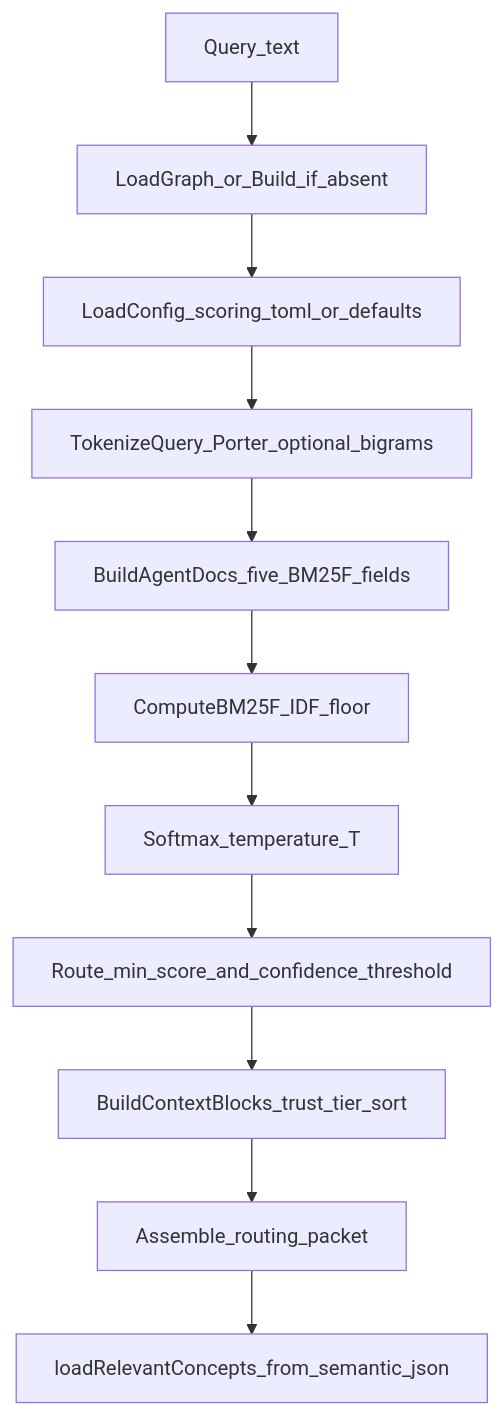
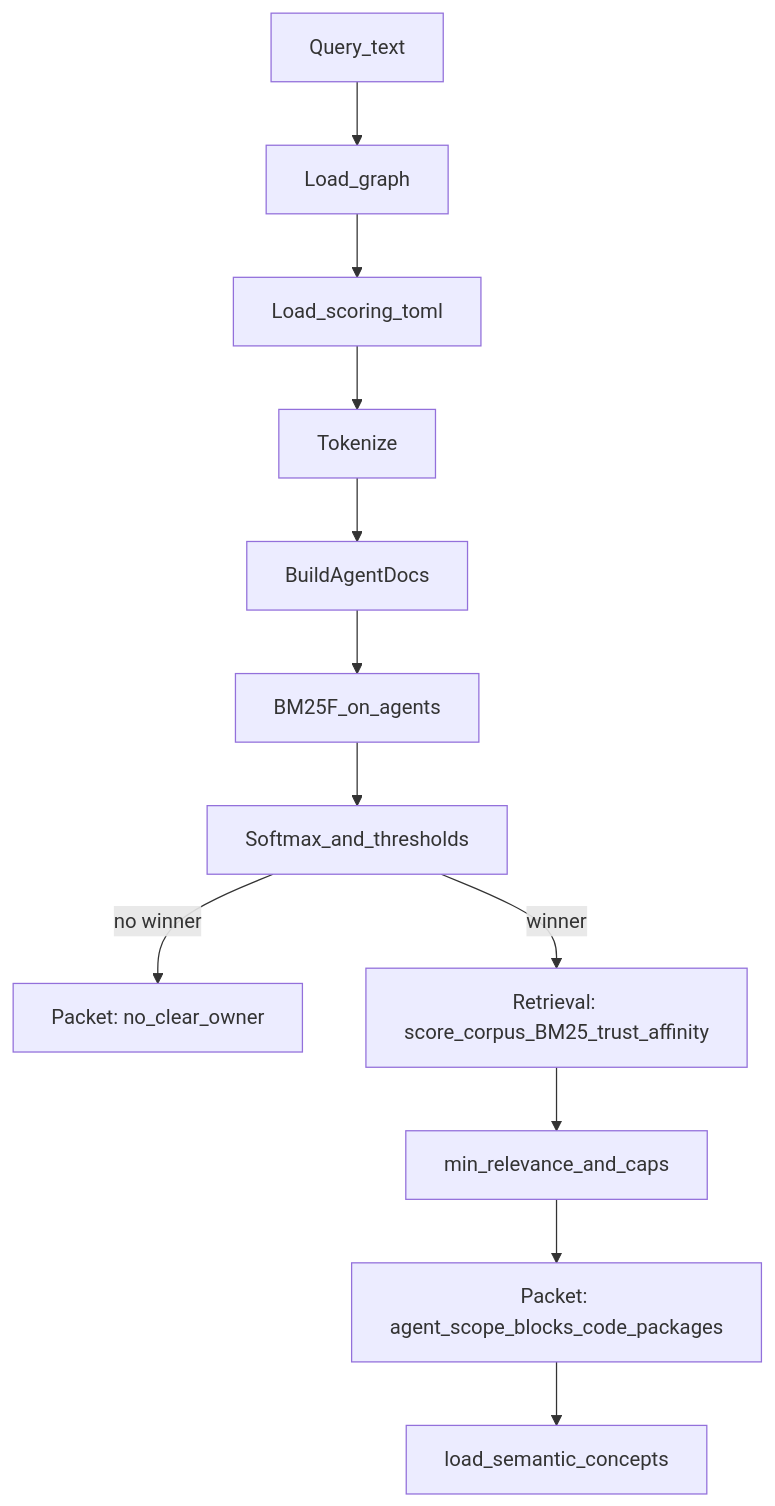
Before and after one commit to joaoajmatos/oz: the third of 5 diagrams in docs/architecture.md, drawn with Mermaid. The commit also changed other lines of this file and 1 other file, not shown here.

First line of the commit message:
docs(architecture): clarify context query functionality and update scoring documentation

````diff
--- a/docs/architecture.md
+++ b/docs/architecture.md
@@ -127,14 +129,15 @@
 ```mermaid
 flowchart TD
   q[Query_text]
-  q --> load[LoadGraph_or_Build_if_absent]
-  load --> cfg[LoadConfig_scoring_toml_or_defaults]
-  cfg --> tok[TokenizeQuery_Porter_optional_bigrams]
-  tok --> docs[BuildAgentDocs_five_BM25F_fields]
-  docs --> bm25[ComputeBM25F_IDF_floor]
-  bm25 --> sm[Softmax_temperature_T]
-  sm --> route[Route_min_score_and_confidence_threshold]
-  route --> blocks[BuildContextBlocks_trust_tier_sort]
-  blocks --> pack[Assemble_routing_packet]
-  pack --> concepts[loadRelevantConcepts_from_semantic_json]
+  q --> load[Load_graph]
+  load --> cfg[Load_scoring_toml]
+  cfg --> tok[Tokenize]
+  tok --> rdocs[BuildAgentDocs]
+  rdocs --> rb25[BM25F_on_agents]
+  rb25 --> sm[Softmax_and_thresholds]
+  sm -->|no winner| pack1[Packet: no_clear_owner]
+  sm -->|winner| ret[Retrieval: score_corpus_BM25_trust_affinity]
+  ret --> cap[min_relevance_and_caps]
+  cap --> pack2[Packet: agent_scope_blocks_code_packages]
+  pack2 --> sem[load_semantic_concepts]
 ```
````
